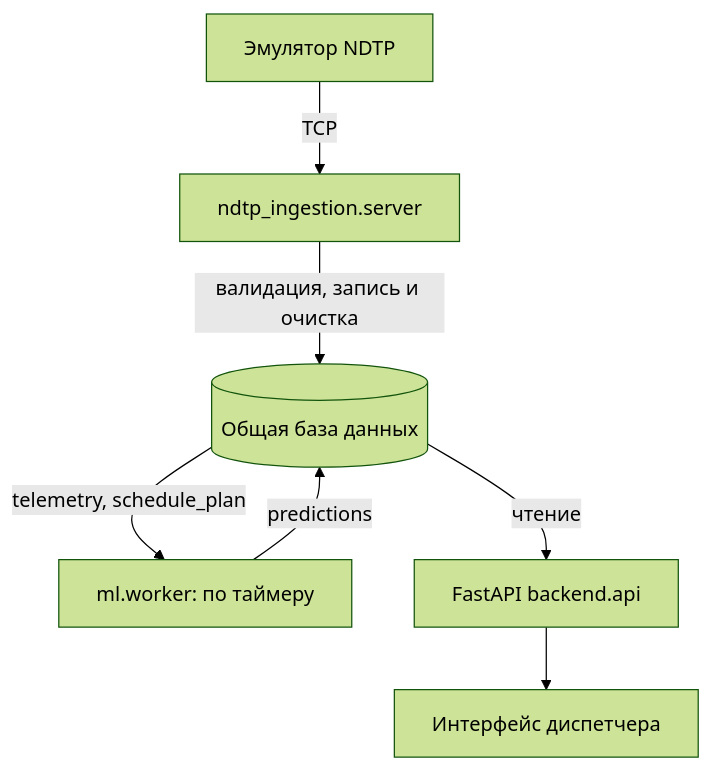
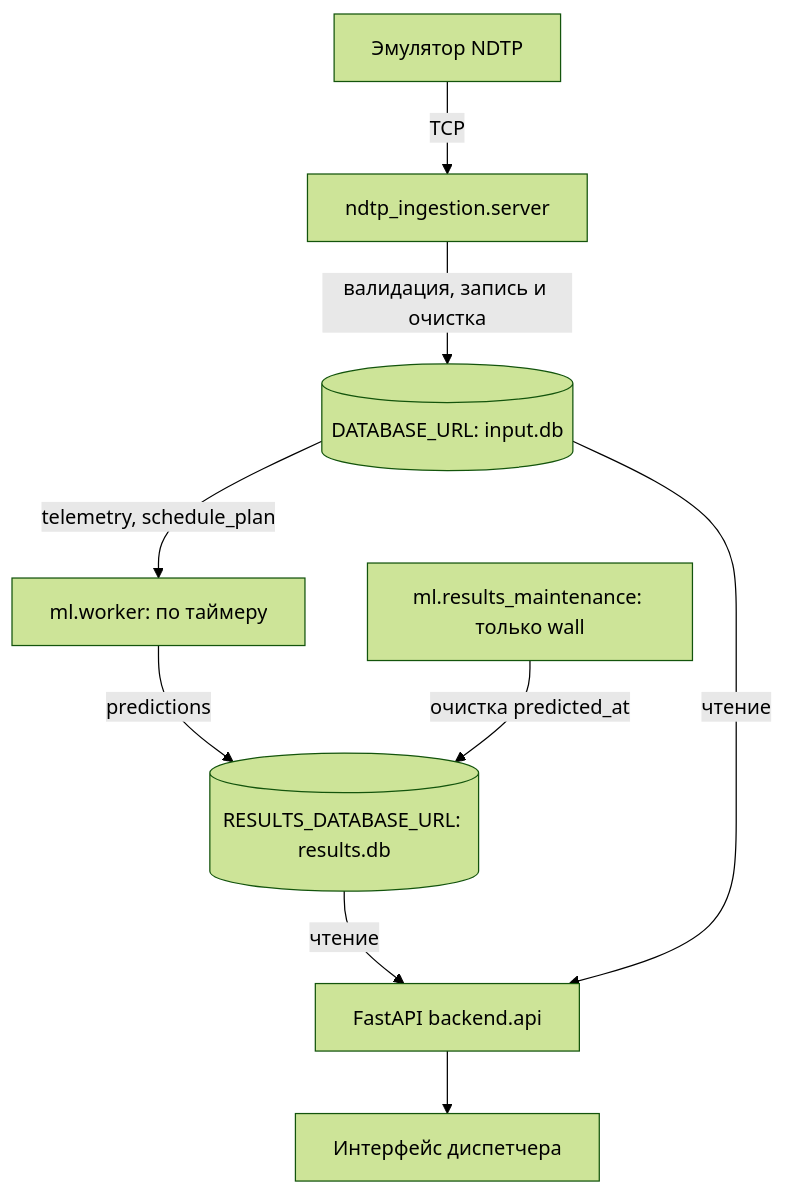
Before and after one commit to ivoilovskaya/delay_prediction_platform: the diagram in README.md, drawn with Mermaid (forest theme). The commit also changed other lines of this file and 17 other files, not shown here.

Commit message:
Separate input and results databases with safe initialization and retention

````diff
--- a/README.md
+++ b/README.md
@@ -7,9 +7,11 @@
 ```mermaid
 flowchart TB
     E["Эмулятор NDTP"] -->|TCP| I["ndtp_ingestion.server"]
-    I -->|валидация, запись и очистка| DB[("Общая база данных")]
+    I -->|валидация, запись и очистка| DB[("DATABASE_URL: input.db")]
     DB -->|"telemetry, schedule_plan"| W["ml.worker: по таймеру"]
-    W -->|"predictions"| DB
+    W -->|"predictions"| R[("RESULTS_DATABASE_URL: results.db")]
+    R -->|чтение| A
+    C["ml.results_maintenance: только wall"] -->|очистка predicted_at| R
     DB -->|чтение| A["FastAPI backend.api"]
     A --> UI["Интерфейс диспетчера"]
 ```
````
